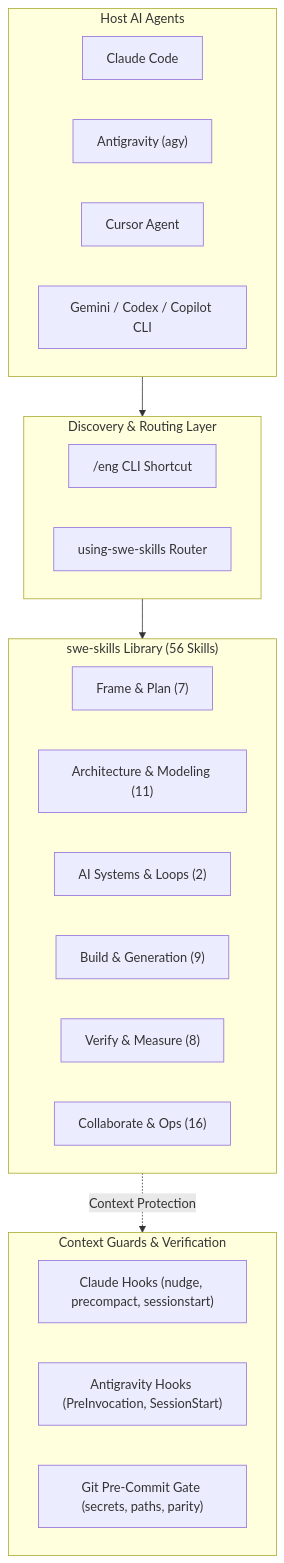
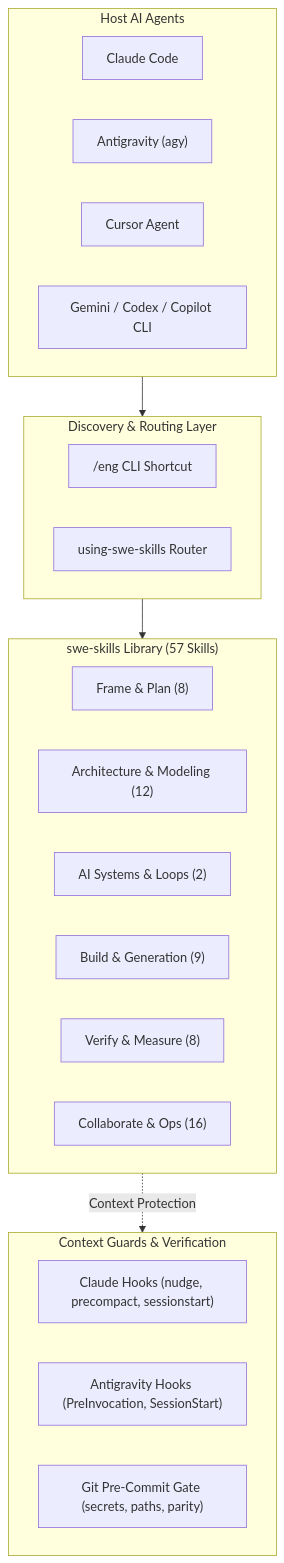
The diagram in docs/usermanual/README.md (bsommers/swe-skills-2), drawn with Mermaid before and after one commit. The commit also changed other lines of this file and 11 other files, not shown here.

````diff
--- a/docs/usermanual/README.md
+++ b/docs/usermanual/README.md
@@ -36,33 +36,33 @@
 ```mermaid
 flowchart TD
     subgraph AgentHosts["Host AI Agents"]
         Claude["Claude Code"]
         Agy["Antigravity (agy)"]
         Cursor["Cursor Agent"]
         Other["Gemini / Codex / Copilot CLI"]
     end
 
     subgraph RouterLayer["Discovery & Routing Layer"]
         Eng["/eng CLI Shortcut"]
         UsingSwe["using-swe-skills Router"]
     end
 
-    subgraph SkillSuite["swe-skills Library (56 Skills)"]
-        Plan["Frame & Plan (7)"]
-        Arch["Architecture & Modeling (11)"]
+    subgraph SkillSuite["swe-skills Library (57 Skills)"]
+        Plan["Frame & Plan (8)"]
+        Arch["Architecture & Modeling (12)"]
         AI["AI Systems & Loops (2)"]
         Build["Build & Generation (9)"]
         Verify["Verify & Measure (8)"]
         Ops["Collaborate & Ops (16)"]
     end
 
     subgraph RuntimeHooks["Context Guards & Verification"]
         ClaudeHooks["Claude Hooks (nudge, precompact, sessionstart)"]
         AgyHooks["Antigravity Hooks (PreInvocation, SessionStart)"]
         GitHooks["Git Pre-Commit Gate (secrets, paths, parity)"]
     end
 
     AgentHosts --> RouterLayer
     RouterLayer --> SkillSuite
     SkillSuite -. Context Protection .-> RuntimeHooks
 ```
````
